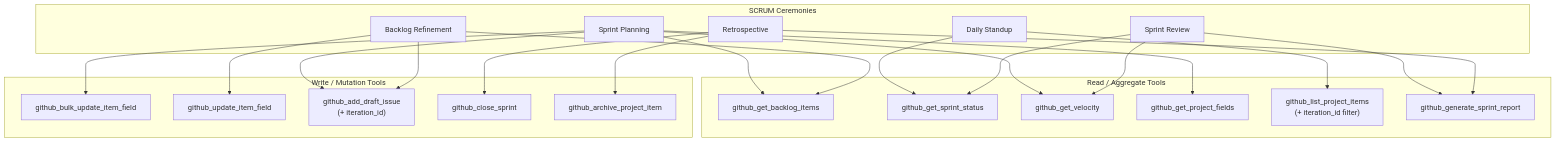
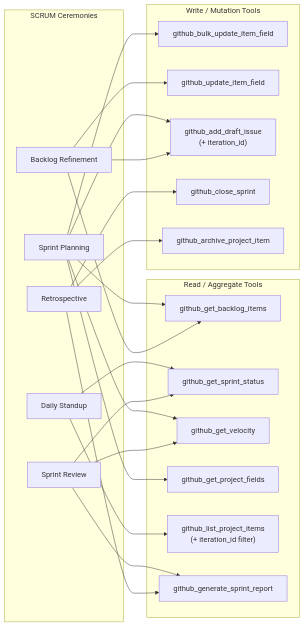
Before and after one commit to hoonsubin/github-projects-mcp-server: the fourth of 7 diagrams in README.md, drawn with Mermaid. The commit also changed other lines of this file and 12 other files, not shown here.

````diff
--- a/README.md
+++ b/README.md
@@ -193,48 +483,48 @@
 ```mermaid
-flowchart TD
+flowchart LR
     subgraph Ceremonies["SCRUM Ceremonies"]
         SP["Sprint Planning"]
         DS["Daily Standup"]
         SR["Sprint Review"]
         RR["Retrospective"]
         REF["Backlog Refinement"]
     end
 
     subgraph ReadTools["Read / Aggregate Tools"]
         GBI["github_get_backlog_items"]
         GSS["github_get_sprint_status"]
         GV["github_get_velocity"]
         GPF["github_get_project_fields"]
         GLPI["github_list_project_items\n(+ iteration_id filter)"]
         GSR["github_generate_sprint_report"]
     end
 
     subgraph WriteTools["Write / Mutation Tools"]
         GBUF["github_bulk_update_item_field"]
         GUIF["github_update_item_field"]
         GADI["github_add_draft_issue\n(+ iteration_id)"]
         GCS["github_close_sprint"]
         GARC["github_archive_project_item"]
     end
 
     SP --> GBI
     SP --> GV
     SP --> GPF
     SP --> GBUF
     SP --> GADI
 
     DS --> GSS
     DS --> GLPI
 
     SR --> GSS
     SR --> GV
     SR --> GSR
 
     RR --> GSR
     RR --> GCS
     RR --> GARC
 
     REF --> GBI
     REF --> GUIF
     REF --> GADI
 ```
````
